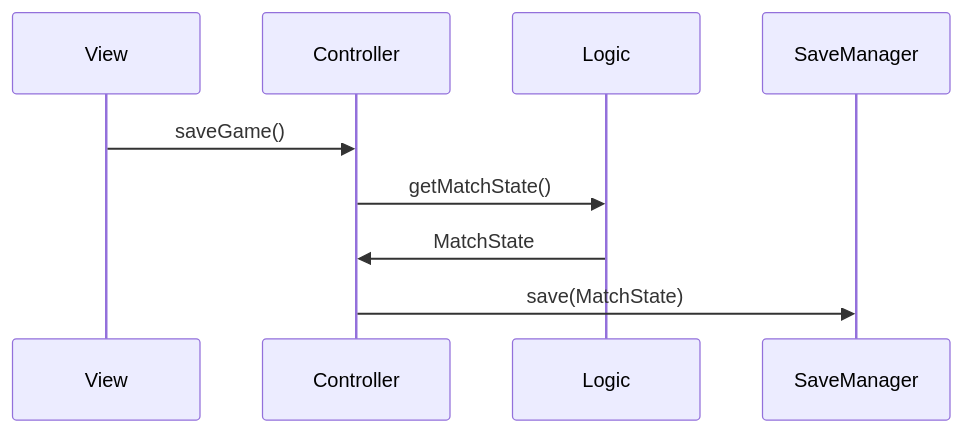
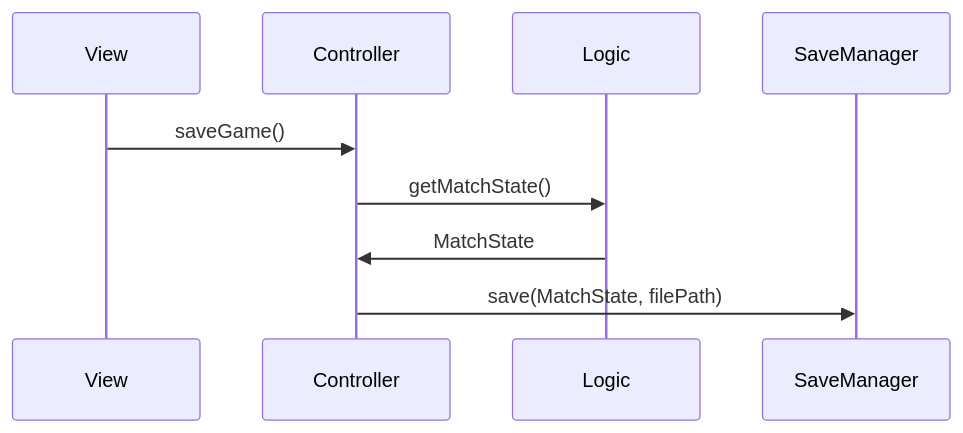
The seventh of 11 diagrams in docs/report/5-detailed-design.md (Borgotto/PPS-25-scalatello), drawn with Mermaid before and after one commit. The commit also changed other lines of this file, not shown here.

Commit message:
Add file path to savemanager

````diff
--- a/docs/report/5-detailed-design.md
+++ b/docs/report/5-detailed-design.md
@@ -205,7 +205,7 @@
 ```mermaid
 sequenceDiagram
     View->>Controller: saveGame()
     Controller->>Logic: getMatchState()
     Logic->>Controller: MatchState
-    Controller->>SaveManager: save(MatchState)
+    Controller->>SaveManager: save(MatchState, filePath)
 ```
````
